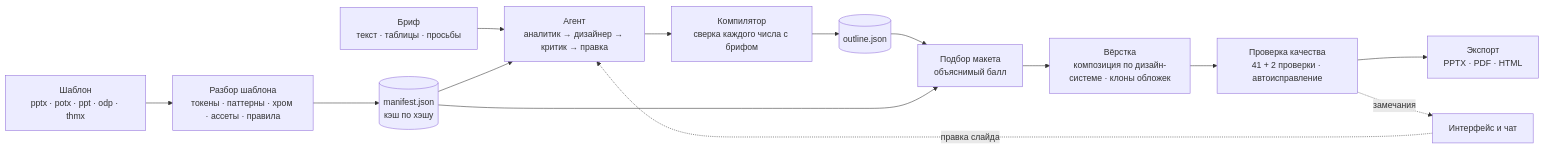
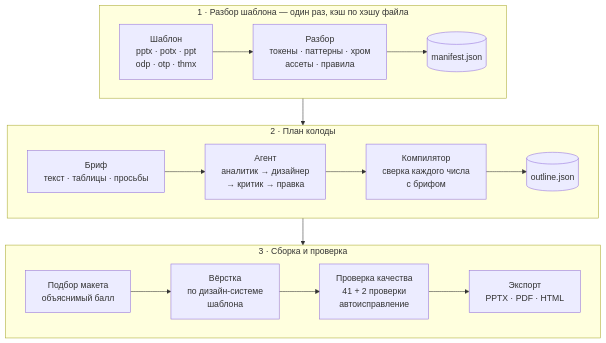
Before and after one commit to hl0pch1k/verstka: the diagram in README.md, drawn with Mermaid. The commit also changed other lines of this file, not shown here.

Commit message:
README: схема архитектуры в три ряда — разбор, план, сборка; на GitHub читается без увеличения

````diff
--- a/README.md
+++ b/README.md
@@ -216,16 +216,16 @@
 ```mermaid
-flowchart LR
-    T["Шаблон<br/>pptx · potx · ppt · odp · thmx"] --> A["Разбор шаблона<br/>токены · паттерны · хром · ассеты · правила"]
-    A --> M[("manifest.json<br/>кэш по хэшу")]
-    B["Бриф<br/>текст · таблицы · просьбы"] --> P["Агент<br/>аналитик → дизайнер → критик → правка"]
-    M --> P
-    P --> G["Компилятор<br/>сверка каждого числа с брифом"]
-    G --> O[("outline.json")]
-    O --> L["Подбор макета<br/>объяснимый балл"]
-    M --> L
-    L --> R["Вёрстка<br/>композиция по дизайн-системе · клоны обложек"]
-    R --> Q["Проверка качества<br/>41 + 2 проверки · автоисправление"]
-    Q --> E["Экспорт<br/>PPTX · PDF · HTML"]
-    Q -. замечания .-> U["Интерфейс и чат"]
-    U -. правка слайда .-> P
+flowchart TB
+    subgraph S1 ["1 · Разбор шаблона — один раз, кэш по хэшу файла"]
+        direction LR
+        T["Шаблон<br/>pptx · potx · ppt<br/>odp · otp · thmx"] --> A["Разбор<br/>токены · паттерны · хром<br/>ассеты · правила"] --> M[("manifest.json")]
+    end
+    subgraph S2 ["2 · План колоды"]
+        direction LR
+        B["Бриф<br/>текст · таблицы · просьбы"] --> P["Агент<br/>аналитик → дизайнер<br/>→ критик → правка"] --> G["Компилятор<br/>сверка каждого числа<br/>с брифом"] --> O[("outline.json")]
+    end
+    subgraph S3 ["3 · Сборка и проверка"]
+        direction LR
+        L["Подбор макета<br/>объяснимый балл"] --> R["Вёрстка<br/>по дизайн-системе<br/>шаблона"] --> Q["Проверка качества<br/>41 + 2 проверки<br/>автоисправление"] --> E["Экспорт<br/>PPTX · PDF · HTML"]
+    end
+    S1 --> S2 --> S3
 ```
````
